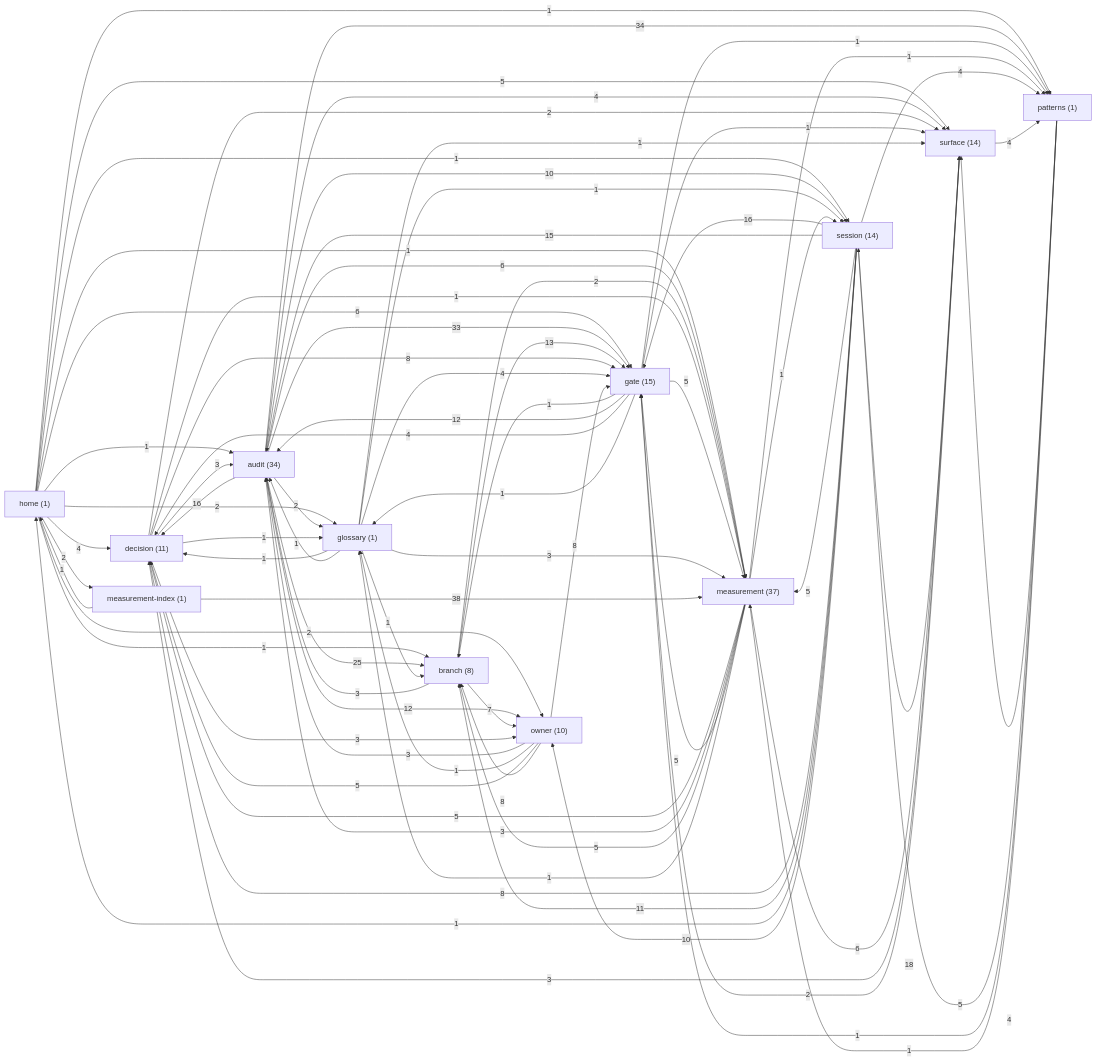
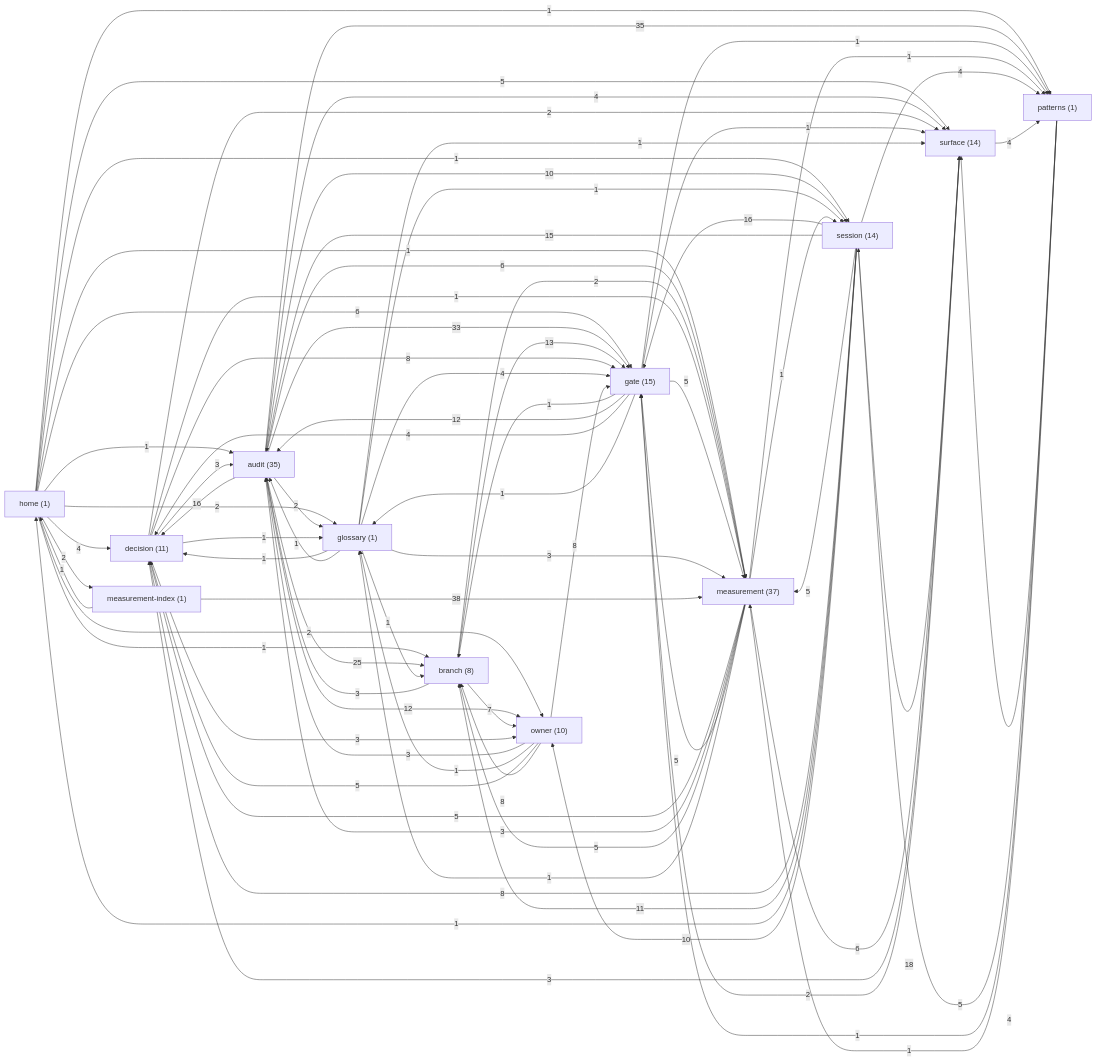
One commit to sergey9519546/STORYMACHINE changed the diagram in docs/brain/GRAPH.md. Above: the diagram before and after it, drawn with Mermaid. The commit also changed other lines of this file and 1 other file, not shown here.

Commit message:
docs(brain): regenerate graph for burrows-delta-hoist audit note
Claude-Session: https://claude.ai/code/session_018Z5iZ1M9Z1KR3tDYhxUKGd

````diff
--- a/docs/brain/GRAPH.md
+++ b/docs/brain/GRAPH.md
@@ -9,7 +9,7 @@
 ```mermaid
 graph LR
   home["home (1)"]
-  audit["audit (34)"]
+  audit["audit (35)"]
   branch["branch (8)"]
   decision["decision (11)"]
   gate["gate (15)"]
@@ -36,7 +36,7 @@
   audit -->|25| branch
   audit -->|33| gate
   audit -->|16| decision
-  audit -->|34| patterns
+  audit -->|35| patterns
   audit -->|12| owner
   audit -->|4| surface
   audit -->|6| measurement
````
